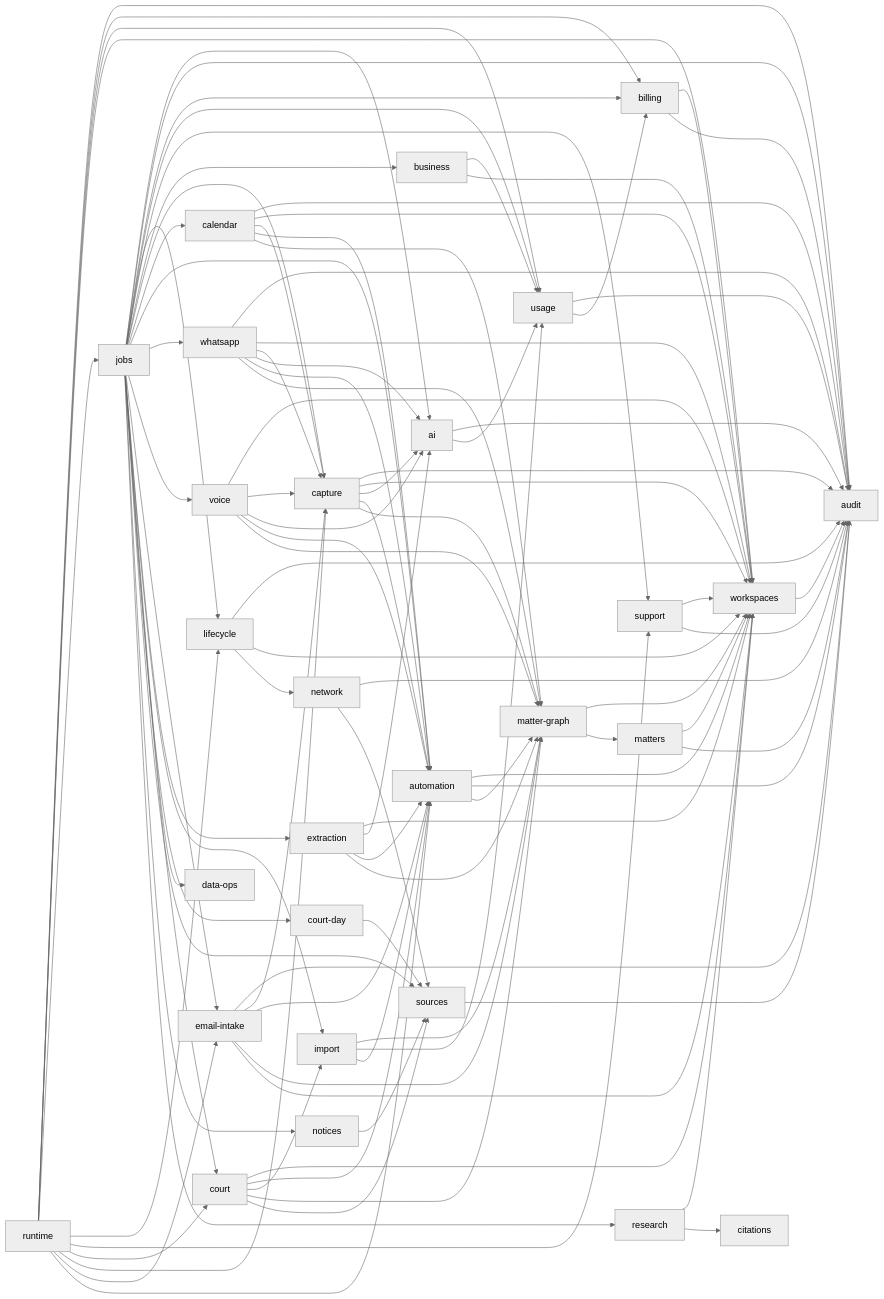
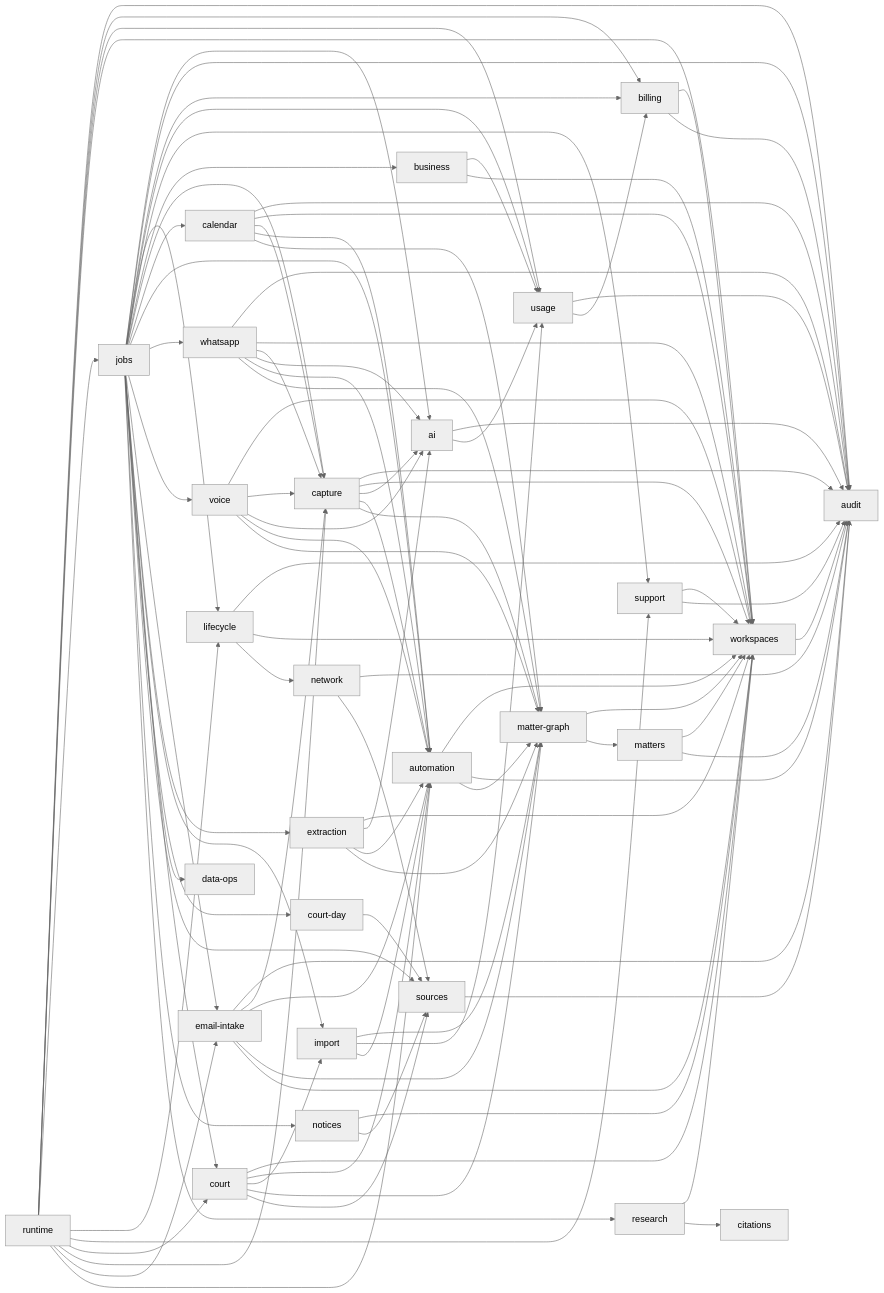
One commit to RapierCraftStudios/causedeck changed the diagram in docs/engineering/core-domains.md. Above: the diagram before and after it, drawn with Mermaid (neutral theme). The commit also changed other lines of this file and 22 other files, not shown here.

```diff
--- a/docs/engineering/core-domains.md
+++ b/docs/engineering/core-domains.md
@@ -140,6 +140,7 @@
   jobs --> court-day
   jobs --> sources
   jobs --> notices
+  notices --> workspaces
   notices --> sources
   jobs --> research
   calendar --> audit
```
